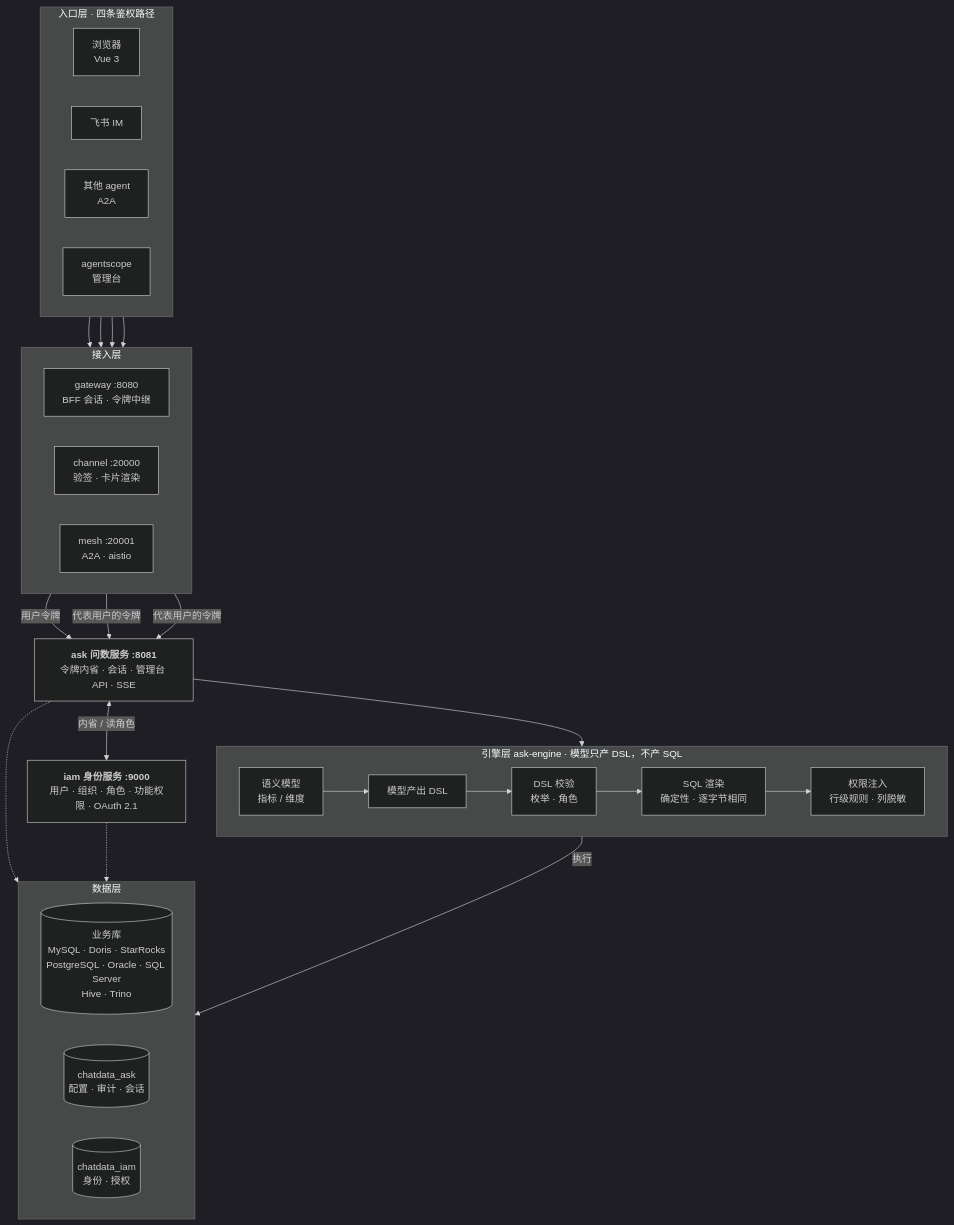
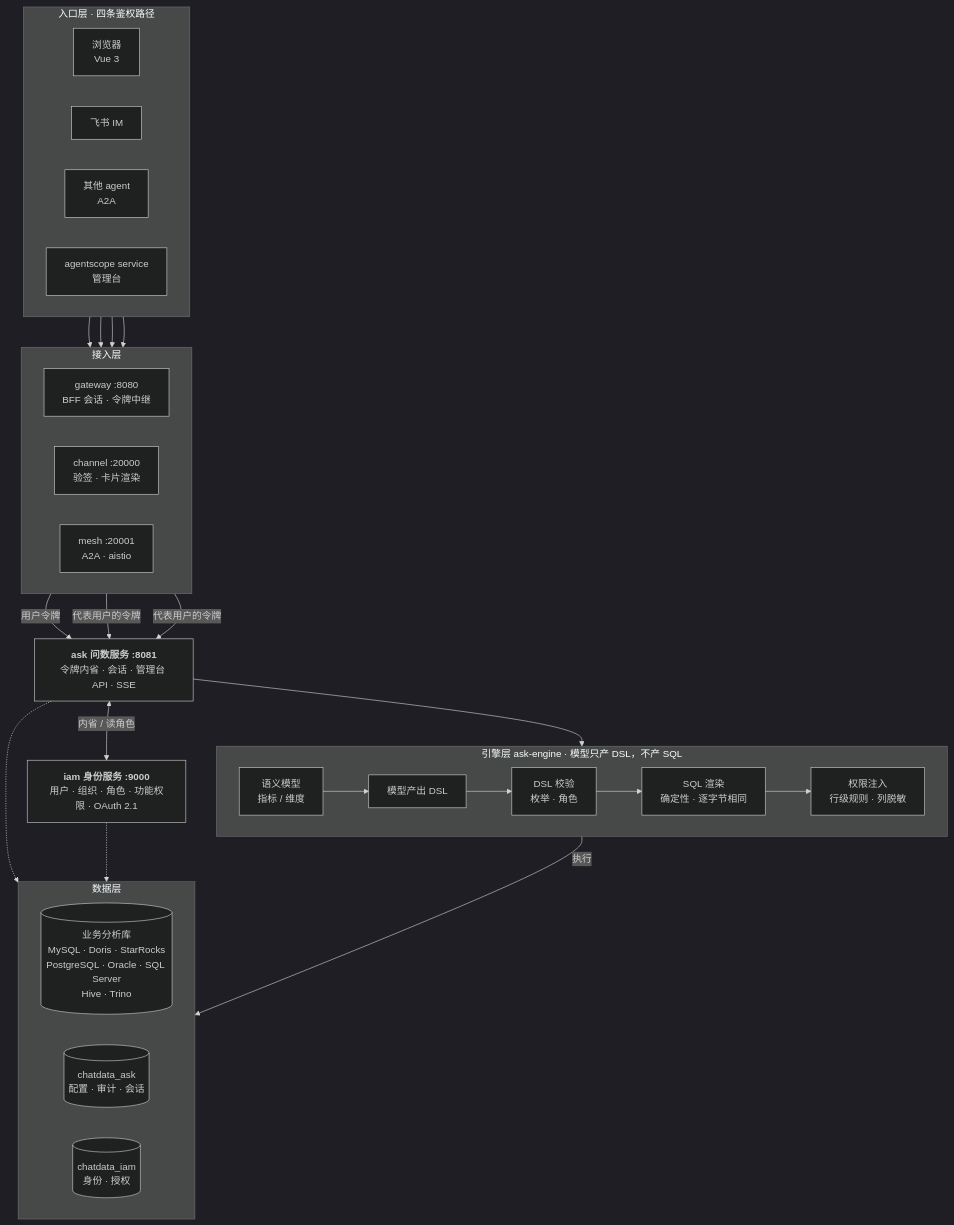
One commit to liusongboyy/chatdata-agent changed the second of 2 diagrams in README.md. Above: the diagram before and after it, drawn with Mermaid (dark theme).

Commit message:
docs: README 架构图补上服务全名
把「agentscope 管理台」改成「agentscope service 管理台」——
那是个完整的服务名，只写 agentscope 容易让人以为是个组件。

````diff
--- a/README.md
+++ b/README.md
@@ -114,50 +114,50 @@
 ```mermaid
 flowchart TB
     subgraph entry["入口层 · 四条鉴权路径"]
         direction LR
         B["浏览器<br/>Vue 3"]
         F["飞书 IM"]
         A["其他 agent<br/>A2A"]
-        S["agentscope<br/>管理台"]
+        S["agentscope service<br/>管理台"]
     end
 
     subgraph edge["接入层"]
         direction LR
         GW["gateway :8080<br/>BFF 会话 · 令牌中继"]
         CH["channel :20000<br/>验签 · 卡片渲染"]
         MSH["mesh :20001<br/>A2A · aistio"]
     end
 
     ASK["<b>ask 问数服务 :8081</b><br/>令牌内省 · 会话 · 管理台 API · SSE"]
     IAM["<b>iam 身份服务 :9000</b><br/>用户 · 组织 · 角色 · 功能权限 · OAuth 2.1"]
 
     subgraph engine["引擎层 ask-engine · 模型只产 DSL，不产 SQL"]
         direction LR
         SM["语义模型<br/>指标 / 维度"] --> DSL["模型产出 DSL"]
         DSL --> CK["DSL 校验<br/>枚举 · 角色"]
         CK --> RD["SQL 渲染<br/>确定性 · 逐字节相同"]
         RD --> PG["权限注入<br/>行级规则 · 列脱敏"]
     end
 
     subgraph data["数据层"]
         direction LR
-        DB[("业务库<br/>MySQL · Doris · StarRocks<br/>PostgreSQL · Oracle · SQL Server<br/>Hive · Trino")]
+        DB[("业务分析库<br/>MySQL · Doris · StarRocks<br/>PostgreSQL · Oracle · SQL Server<br/>Hive · Trino")]
         CFG[("chatdata_ask<br/>配置 · 审计 · 会话")]
         IDS[("chatdata_iam<br/>身份 · 授权")]
     end
 
     B --> GW
     F --> CH
     A --> MSH
     S --> MSH
 
     GW -->|"用户令牌"| ASK
     CH -->|"代表用户的令牌"| ASK
     MSH -->|"代表用户的令牌"| ASK
 
     ASK <-->|"内省 / 读角色"| IAM
     ASK --> engine
     engine -->|"执行"| DB
     ASK -.-> CFG
     IAM -.-> IDS
 ```
````
